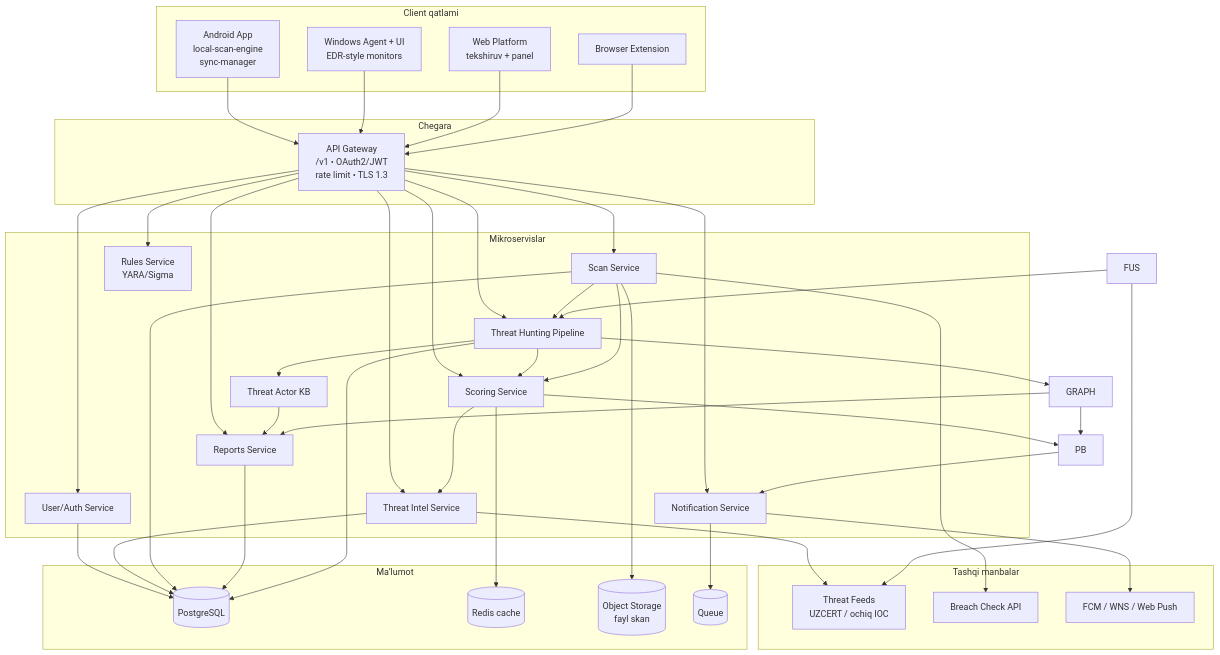
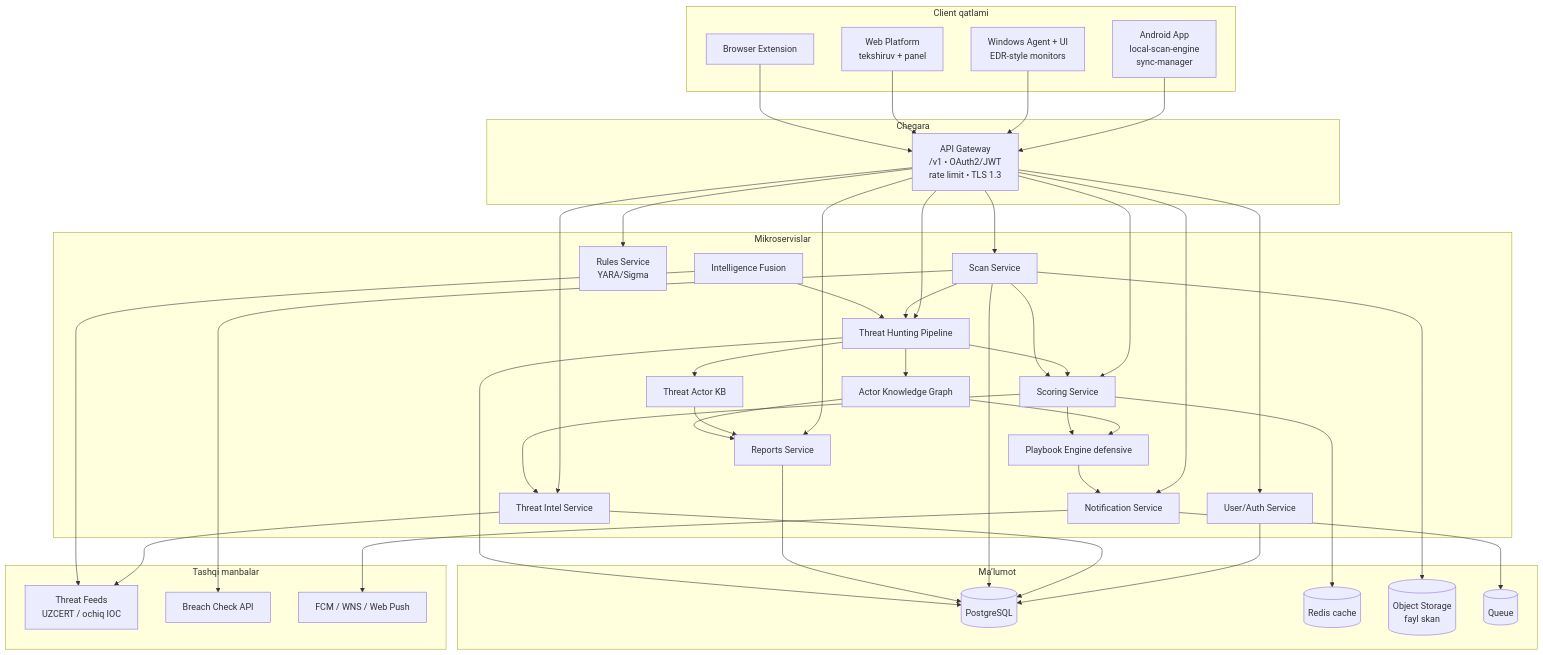
Before and after one commit to Kamol0303/CYBERHIMOYA: the first of 3 diagrams in docs/cyber-guardian-ai/sdd/01-system-architecture.md, drawn with Mermaid. The commit also changed other lines of this file, not shown here.

Commit message:
Wire Killer fusion/graph/playbook into system architecture HLD

````diff
--- a/docs/cyber-guardian-ai/sdd/01-system-architecture.md
+++ b/docs/cyber-guardian-ai/sdd/01-system-architecture.md
@@ -16,75 +16,78 @@
 ```mermaid
 flowchart TB
   subgraph Clients["Client qatlami"]
     AND["Android App\nlocal-scan-engine\nsync-manager"]
     WIN["Windows Agent + UI\nEDR-style monitors"]
     WEB["Web Platform\ntekshiruv + panel"]
     EXT["Browser Extension"]
   end
 
   subgraph Edge["Chegara"]
     GW["API Gateway\n/v1 • OAuth2/JWT\nrate limit • TLS 1.3"]
   end
 
   subgraph Services["Mikroservislar"]
     AUTH["User/Auth Service"]
     TI["Threat Intel Service"]
     SCAN["Scan Service"]
     SCORE["Scoring Service"]
     NOTIF["Notification Service"]
     RPT["Reports Service"]
     RULE["Rules Service\nYARA/Sigma"]
     HUNT["Threat Hunting Pipeline"]
     TAKB["Threat Actor KB"]
+    FUS["Intelligence Fusion"]
+    GRAPH["Actor Knowledge Graph"]
+    PB["Playbook Engine defensive"]
   end
 
   subgraph Data["Ma’lumot"]
     PG[("PostgreSQL")]
     REDIS[("Redis cache")]
     OBJ[("Object Storage\nfayl skan")]
     Q[("Queue")]
   end
 
   subgraph External["Tashqi manbalar"]
     FEEDS["Threat Feeds\nUZCERT / ochiq IOC"]
     BREACH["Breach Check API"]
     PUSH["FCM / WNS / Web Push"]
   end
 
   AND --> GW
   WIN --> GW
   WEB --> GW
   EXT --> GW
   GW --> AUTH
   GW --> TI
   GW --> SCAN
   GW --> SCORE
   GW --> NOTIF
   GW --> RPT
   GW --> RULE
   GW --> HUNT
   SCAN --> HUNT
   HUNT --> TAKB
   HUNT --> SCORE
   TAKB --> RPT
   FUS --> HUNT
   HUNT --> GRAPH
   GRAPH --> PB
   SCORE --> PB
   PB --> NOTIF
   GRAPH --> RPT
   TI --> FEEDS
   FUS --> FEEDS
   SCAN --> OBJ
   SCAN --> SCORE
   SCORE --> TI
   AUTH --> PG
   TI --> PG
   SCAN --> PG
   SCORE --> REDIS
   NOTIF --> PUSH
   NOTIF --> Q
   RPT --> PG
   SCAN --> BREACH
   HUNT --> PG
 ```
````
